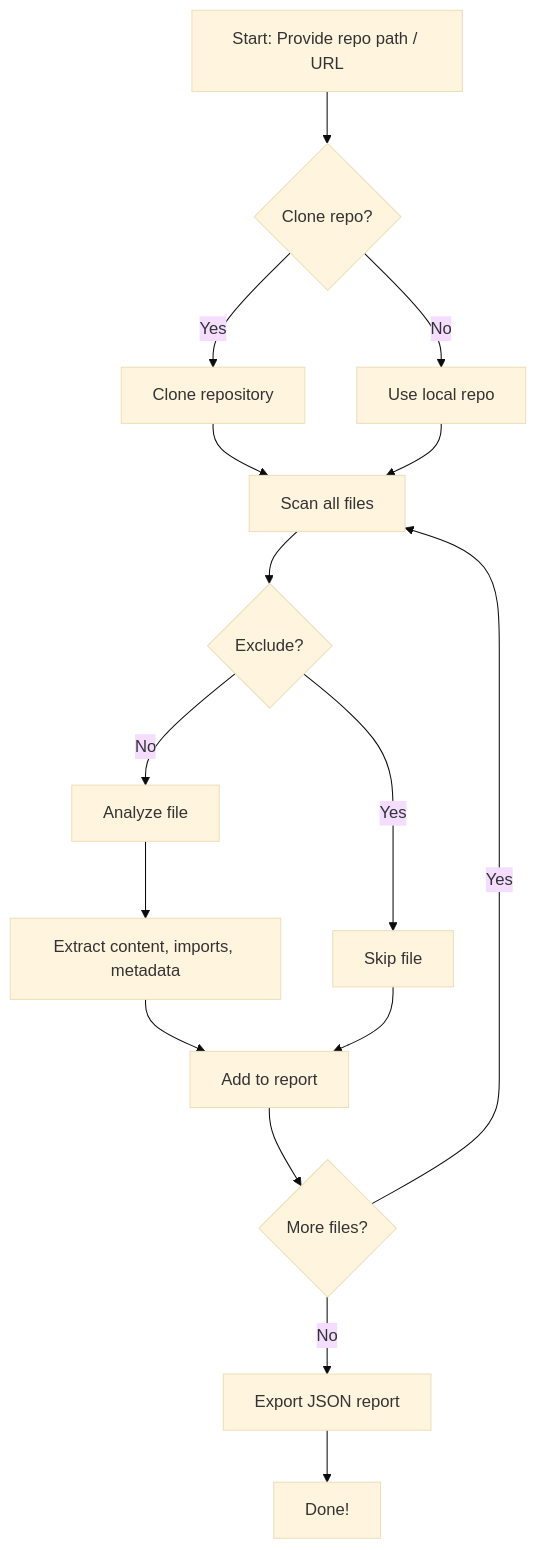
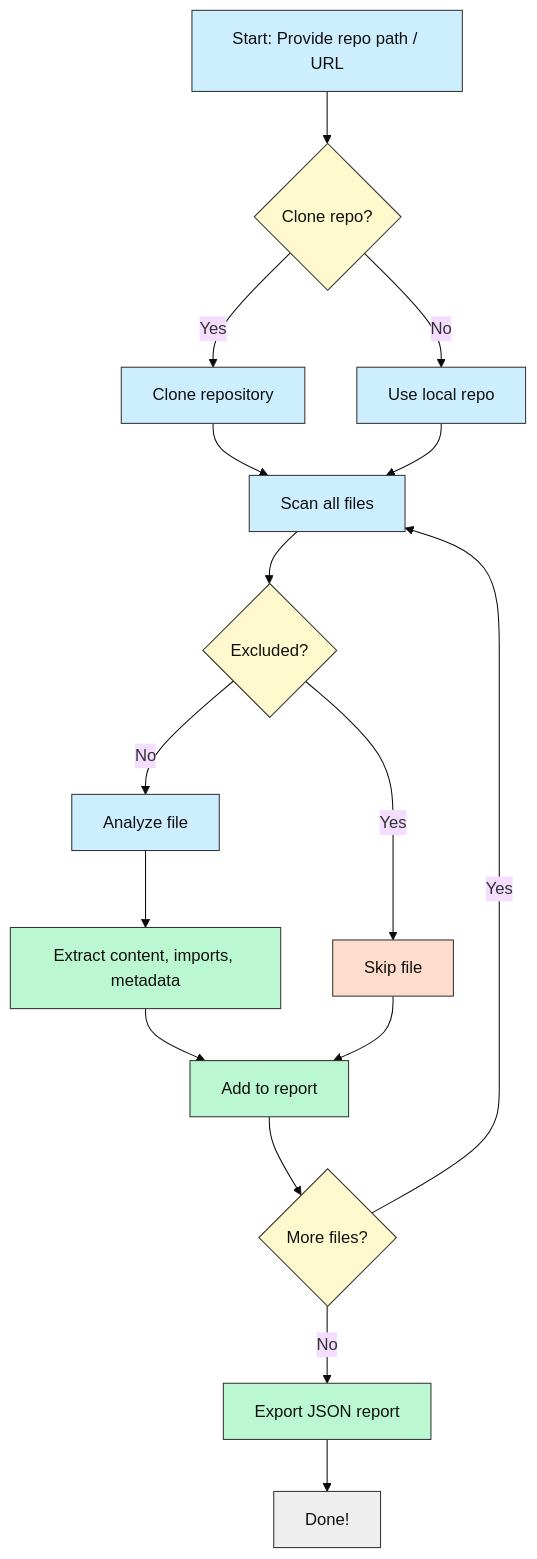
The first of 2 diagrams in Repo-Analyzer/README.md (Mindrocket42/CluelessCodersToolBox), drawn with Mermaid (base theme) before and after one commit. The commit also changed other lines of this file and 3 other files, not shown here.

First line of the commit message:
fix mermaid contrast

````diff
--- a/Repo-Analyzer/README.md
+++ b/Repo-Analyzer/README.md
@@ -84,18 +72,32 @@
 ```mermaid
 flowchart TD
     A[Start: Provide repo path / URL] --> B{Clone repo?}
     B -- Yes --> C[Clone repository]
     B -- No --> D[Use local repo]
     C --> E[Scan all files]
     D --> E
-    E --> F{Exclude?}
+    E --> F{Excluded?}
     F -- Yes --> G[Skip file]
     F -- No --> H[Analyze file]
     H --> I[Extract content, imports, metadata]
     I --> J[Add to report]
     G --> J
     J --> K{More files?}
     K -- Yes --> E
     K -- No --> L[Export JSON report]
     L --> M[Done!]
+
+style A fill:#cceeff,stroke:#333333,color:#111111
+style B fill:#fffacd,stroke:#333333,color:#111111
+style C fill:#cceeff,stroke:#333333,color:#111111
+style D fill:#cceeff,stroke:#333333,color:#111111
+style E fill:#cceeff,stroke:#333333,color:#111111
+style F fill:#fffacd,stroke:#333333,color:#111111
+style G fill:#ffddcc,stroke:#333333,color:#111111
+style H fill:#cceeff,stroke:#333333,color:#111111
+style I fill:#bbf7d0,stroke:#333333,color:#111111
+style J fill:#bbf7d0,stroke:#333333,color:#111111
+style K fill:#fffacd,stroke:#333333,color:#111111
+style L fill:#bbf7d0,stroke:#333333,color:#111111
+style M fill:#eeeeee,stroke:#333333,color:#111111
 ```
````
